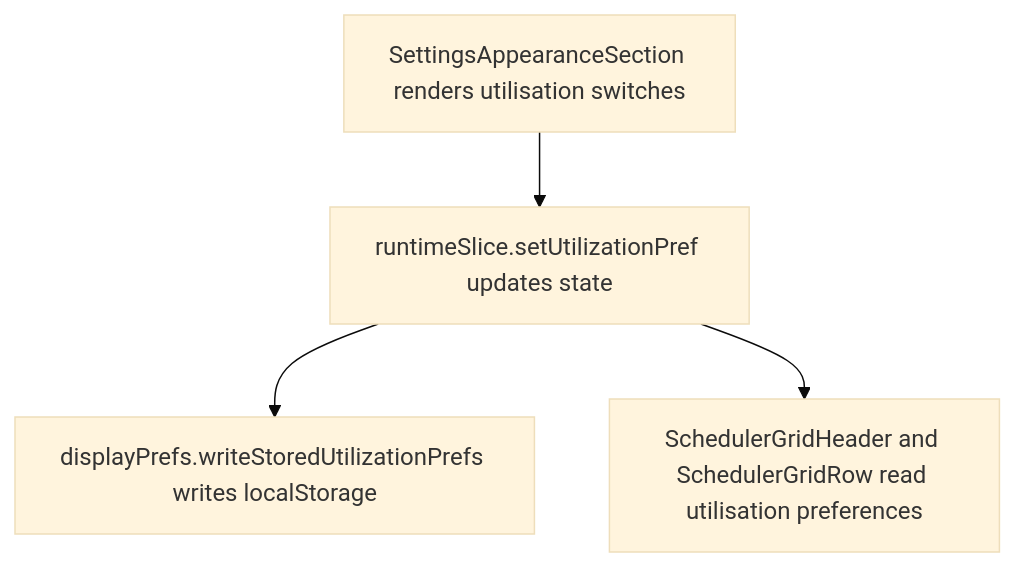
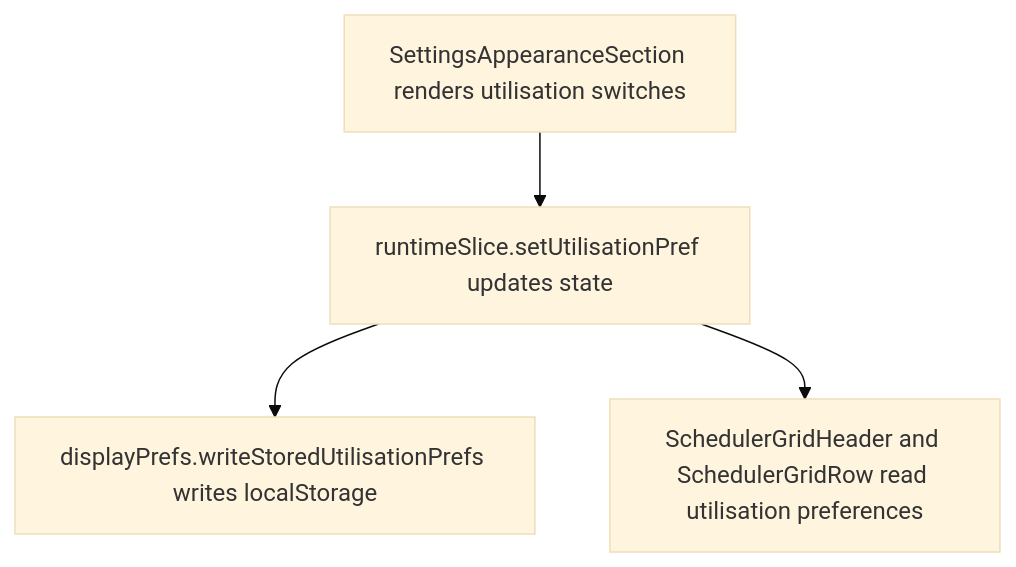
Before and after one commit to Kevinjohn/capacitylens: the second of 2 diagrams in user-stories/settings/US-SET-27-utilisation-visibility.md, drawn with Mermaid (base theme). The commit also changed 48 other files, not shown here.

````diff
--- a/user-stories/settings/US-SET-27-utilisation-visibility.md
+++ b/user-stories/settings/US-SET-27-utilisation-visibility.md
@@ -29,6 +29,6 @@
 ```mermaid
 flowchart TD
-  view["SettingsAppearanceSection renders utilisation switches"] --> setter["runtimeSlice.setUtilizationPref updates state"]
-  setter --> storage["displayPrefs.writeStoredUtilizationPrefs writes localStorage"]
+  view["SettingsAppearanceSection renders utilisation switches"] --> setter["runtimeSlice.setUtilisationPref updates state"]
+  setter --> storage["displayPrefs.writeStoredUtilisationPrefs writes localStorage"]
   setter --> overview["SchedulerGridHeader and SchedulerGridRow read utilisation preferences"]
 ```
````
